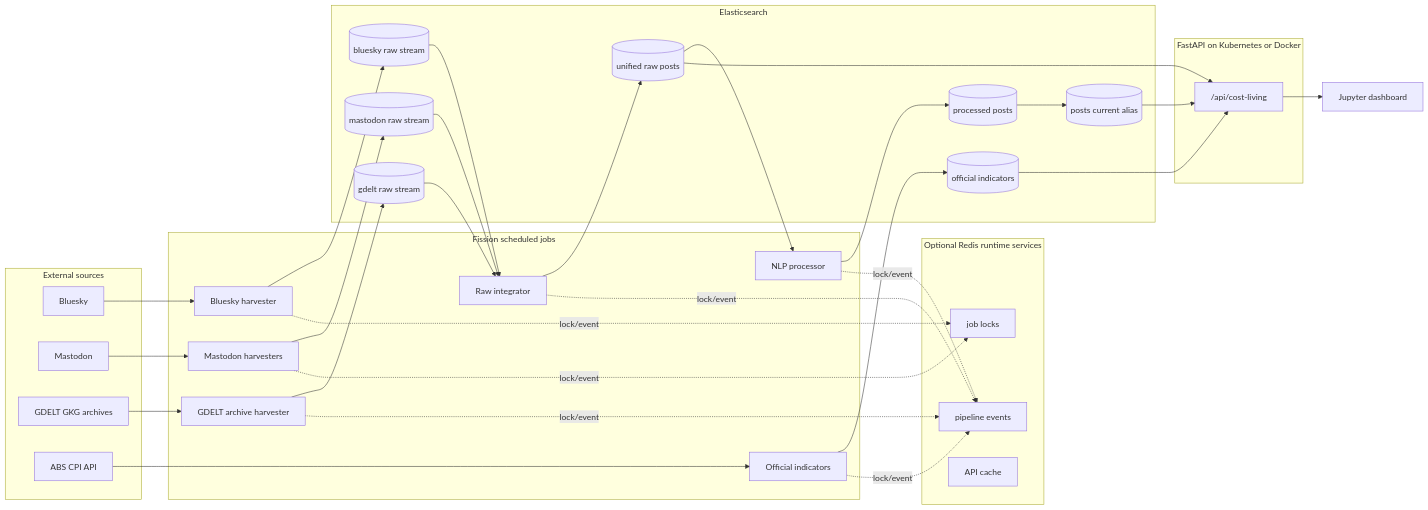
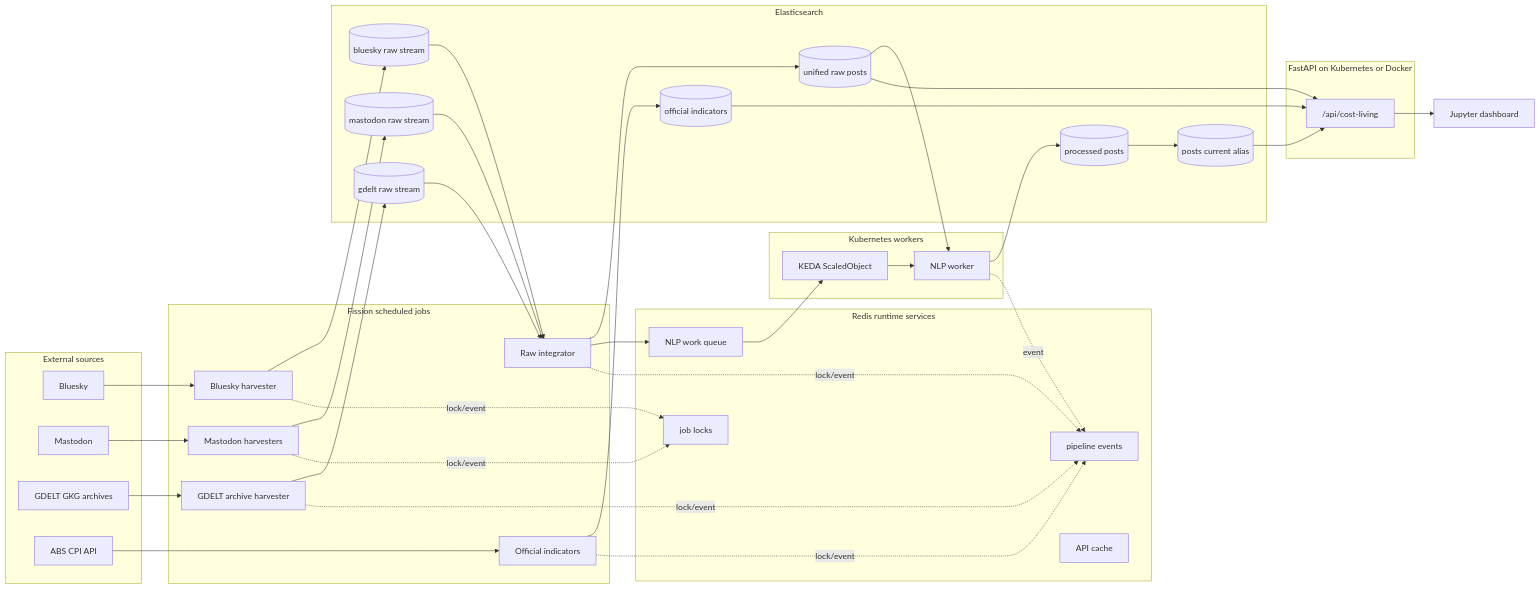
One commit to BlackMirean/cost-living-data-platform changed the diagram in README.md. Above: the diagram before and after it, drawn with Mermaid. The commit also changed other lines of this file and 47 other files, not shown here.

````diff
--- a/README.md
+++ b/README.md
@@ -20,56 +20,63 @@
 ```mermaid
 flowchart LR
     subgraph Sources["External sources"]
         BS["Bluesky"]
         MA["Mastodon"]
         GD["GDELT GKG archives"]
         ABS["ABS CPI API"]
     end
 
     subgraph Jobs["Fission scheduled jobs"]
         HBS["Bluesky harvester"]
         HMA["Mastodon harvesters"]
         HGD["GDELT archive harvester"]
         RAWINT["Raw integrator"]
-        NLP["NLP processor"]
         CPI["Official indicators"]
     end
 
-    subgraph RQ["Optional Redis runtime services"]
+    subgraph RQ["Redis runtime services"]
         LOCKS["job locks"]
         EVENTS["pipeline events"]
         CACHE["API cache"]
+        QUEUE["NLP work queue"]
+    end
+
+    subgraph Workers["Kubernetes workers"]
+        KEDA["KEDA ScaledObject"]
+        NLP["NLP worker"]
     end
 
     subgraph ES["Elasticsearch"]
         BSR[("bluesky raw stream")]
         MAR[("mastodon raw stream")]
         GDR[("gdelt raw stream")]
         RAW[("unified raw posts")]
         PROC[("processed posts")]
         ALIAS[("posts current alias")]
         IND[("official indicators")]
     end
 
     subgraph API["FastAPI on Kubernetes or Docker"]
         ROUTES["/api/cost-living"]
     end
 
     NB["Jupyter dashboard"]
 
     BS --> HBS --> BSR --> RAWINT
     MA --> HMA --> MAR --> RAWINT
     GD --> HGD --> GDR --> RAWINT
-    RAWINT --> RAW --> NLP --> PROC --> ALIAS
+    RAWINT --> RAW
+    RAWINT --> QUEUE --> KEDA --> NLP --> PROC --> ALIAS
+    RAW --> NLP
     ABS --> CPI --> IND
     HBS -. lock/event .-> LOCKS
     HMA -. lock/event .-> LOCKS
     HGD -. lock/event .-> EVENTS
     RAWINT -. lock/event .-> EVENTS
-    NLP -. lock/event .-> EVENTS
+    NLP -. event .-> EVENTS
     CPI -. lock/event .-> EVENTS
     RAW --> ROUTES
     ALIAS --> ROUTES
     IND --> ROUTES
     ROUTES --> NB
 ```
````
